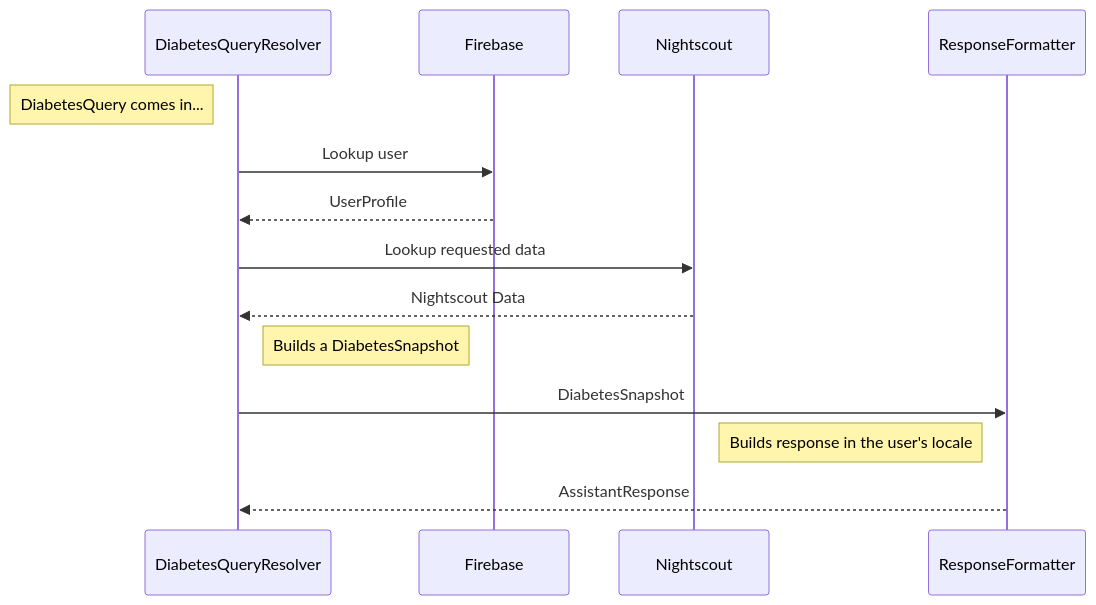
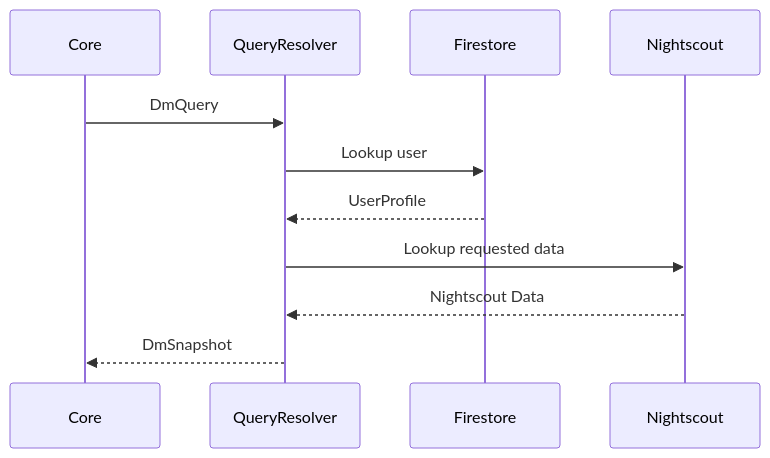
Before and after one commit to nielsmaerten/gluco-check: the third of 3 diagrams in CONTRIBUTING.md, drawn with Mermaid. The commit also changed other lines of this file and 118 other files, not shown here.

````diff
--- a/CONTRIBUTING.md
+++ b/CONTRIBUTING.md
@@ -119,12 +160,9 @@
 ```mermaid
 sequenceDiagram
-Note left of DiabetesQueryResolver: DiabetesQuery comes in...
-DiabetesQueryResolver->>Firebase: Lookup user
-Firebase-->>DiabetesQueryResolver: UserProfile
-DiabetesQueryResolver->>Nightscout: Lookup requested data
-Nightscout-->>DiabetesQueryResolver: Nightscout Data
-Note right of DiabetesQueryResolver: Builds a DiabetesSnapshot
-DiabetesQueryResolver->>ResponseFormatter: DiabetesSnapshot
-Note left of ResponseFormatter: Builds response in the user's locale
-ResponseFormatter-->>DiabetesQueryResolver: AssistantResponse
+Core->>QueryResolver: DmQuery
+QueryResolver->>Firestore: Lookup user
+Firestore-->>QueryResolver: UserProfile
+QueryResolver->>Nightscout: Lookup requested data
+Nightscout-->>QueryResolver: Nightscout Data
+QueryResolver-->>Core: DmSnapshot
 ```
````
